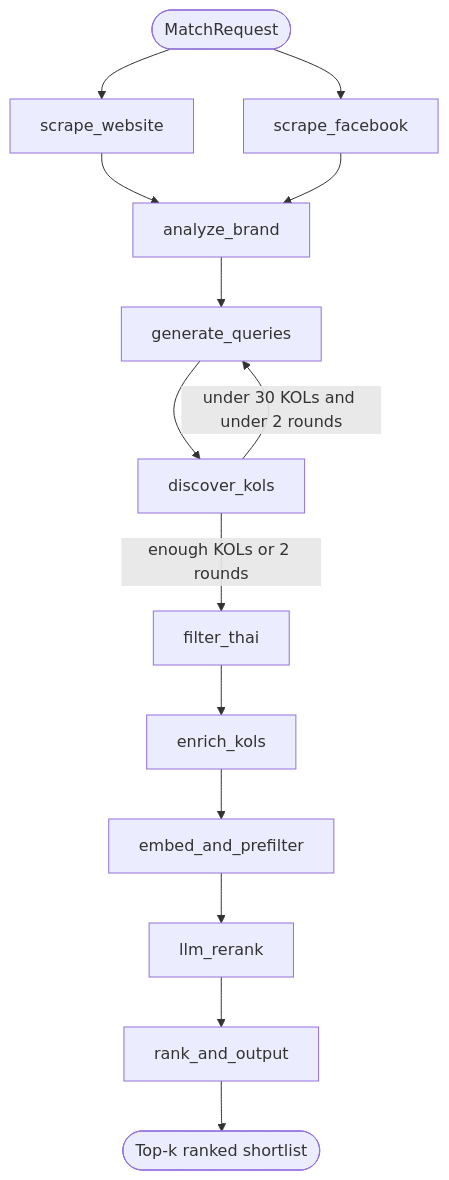
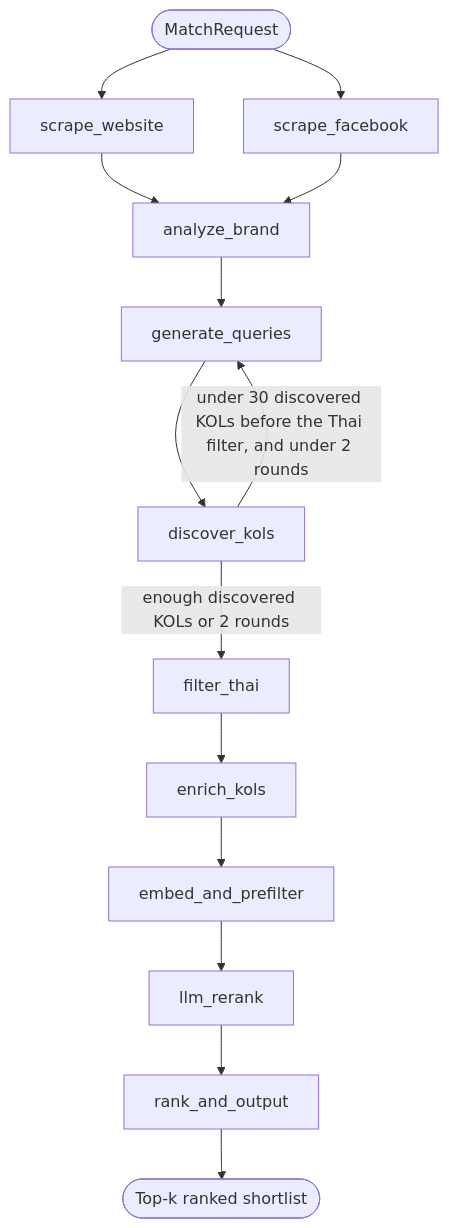
The diagram in README.md (Jamessurapat26/tiktok-kol-matcher), drawn with Mermaid before and after one commit. The commit also changed other lines of this file and 10 other files, not shown here.

````diff
--- a/README.md
+++ b/README.md
@@ -22,16 +22,16 @@
 ```mermaid
 flowchart TD
     START([MatchRequest]) --> W[scrape_website]
     START --> F[scrape_facebook]
     W --> A[analyze_brand]
     F --> A
     A --> G[generate_queries]
     G --> D[discover_kols]
-    D -->|"under 30 KOLs and under 2 rounds"| G
-    D -->|"enough KOLs or 2 rounds"| T[filter_thai]
+    D -->|"under 30 discovered KOLs before the Thai filter, and under 2 rounds"| G
+    D -->|"enough discovered KOLs or 2 rounds"| T[filter_thai]
     T --> E[enrich_kols]
     E --> P[embed_and_prefilter]
     P --> R[llm_rerank]
     R --> O[rank_and_output]
     O --> OUT([Top-k ranked shortlist])
 ```
````
